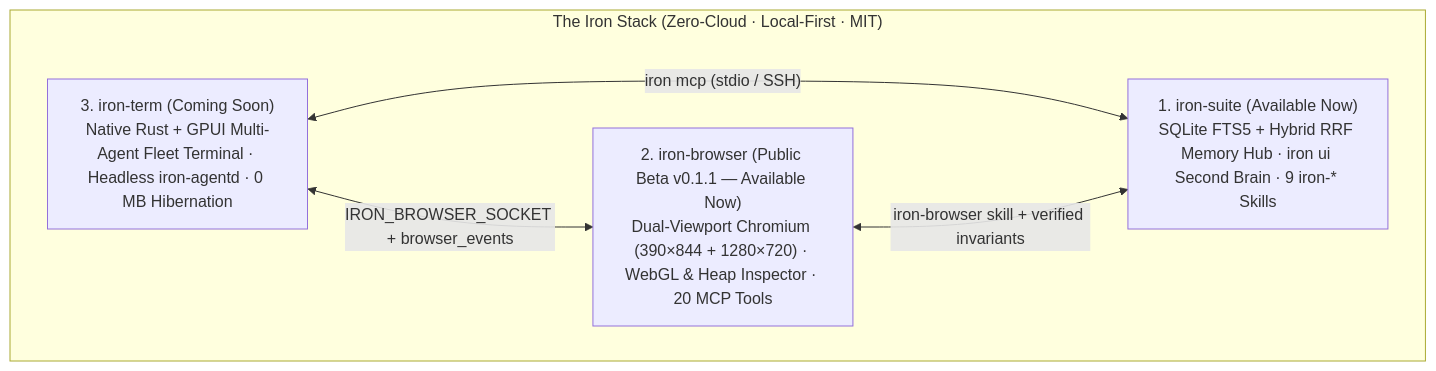
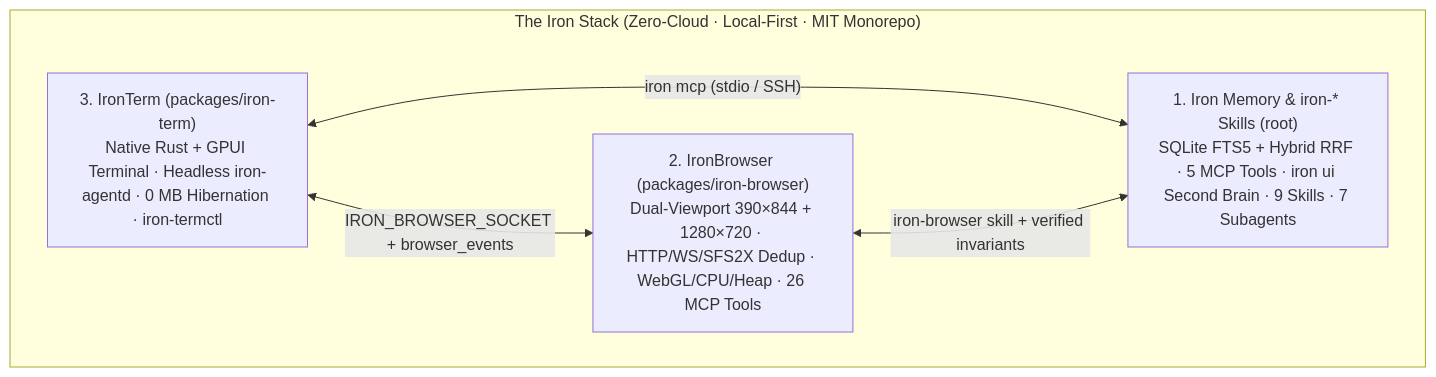
The diagram in README.md (arielonoriaga/iron-suite), drawn with Mermaid before and after one commit. The commit also changed other lines of this file and 7 other files, not shown here.

Commit message:
feat(monorepo): unify iron-suite, iron-browser, and iron-term into iron-stack

````diff
--- a/README.md
+++ b/README.md
@@ -194,12 +23,12 @@
 ```mermaid
 flowchart TB
-  subgraph Stack["The Iron Stack (Zero-Cloud · Local-First · MIT)"]
-    Suite["1. iron-suite (Available Now)\nSQLite FTS5 + Hybrid RRF Memory Hub · iron ui Second Brain · 9 iron-* Skills"]
-    Browser["2. iron-browser (Public Beta v0.1.1 — Available Now)\nDual-Viewport Chromium (390×844 + 1280×720) · WebGL & Heap Inspector · 20 MCP Tools"]
-    Term["3. iron-term (Coming Soon)\nNative Rust + GPUI Multi-Agent Fleet Terminal · Headless iron-agentd · 0 MB Hibernation"]
+  subgraph Stack["The Iron Stack (Zero-Cloud · Local-First · MIT Monorepo)"]
+    Memory["1. Iron Memory & iron-* Skills (root)\nSQLite FTS5 + Hybrid RRF · 5 MCP Tools · iron ui Second Brain · 9 Skills · 7 Subagents"]
+    Browser["2. IronBrowser (packages/iron-browser)\nDual-Viewport 390×844 + 1280×720 · HTTP/WS/SFS2X Dedup · WebGL/CPU/Heap · 26 MCP Tools"]
+    Term["3. IronTerm (packages/iron-term)\nNative Rust + GPUI Terminal · Headless iron-agentd · 0 MB Hibernation · iron-termctl"]
   end
 
-  Term <-->|"iron mcp (stdio / SSH)"| Suite
+  Term <-->|"iron mcp (stdio / SSH)"| Memory
   Term <-->|"IRON_BROWSER_SOCKET + browser_events"| Browser
-  Browser <-->|"iron-browser skill + verified invariants"| Suite
+  Browser <-->|"iron-browser skill + verified invariants"| Memory
 ```
````
